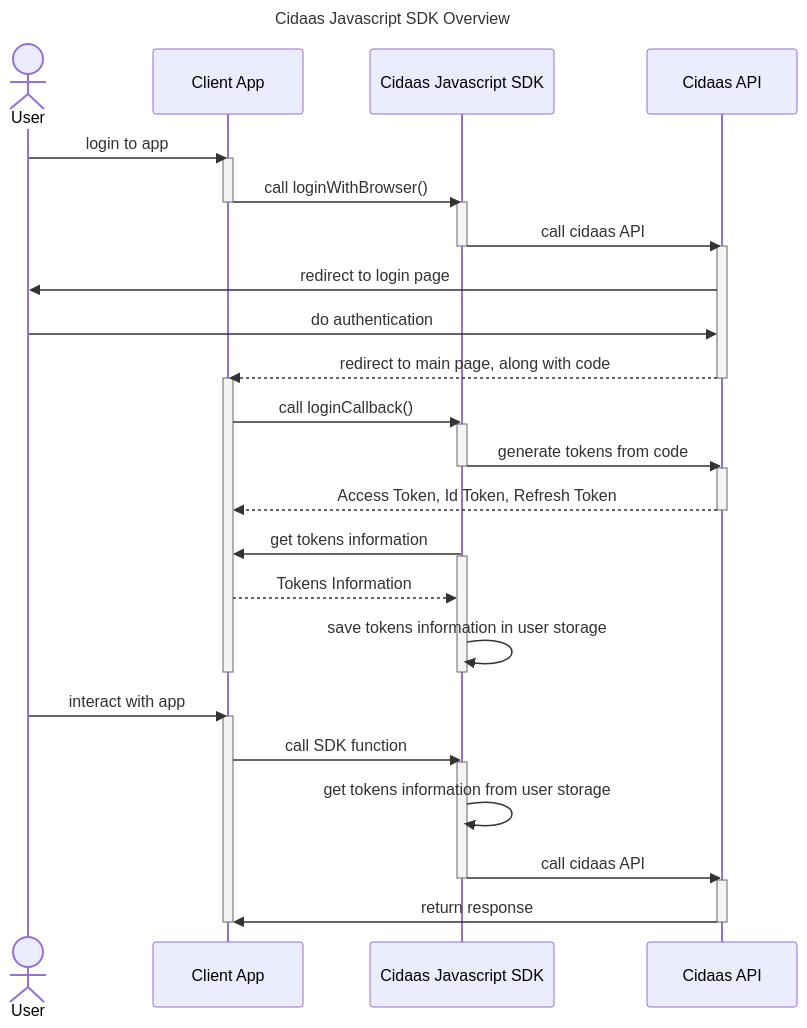
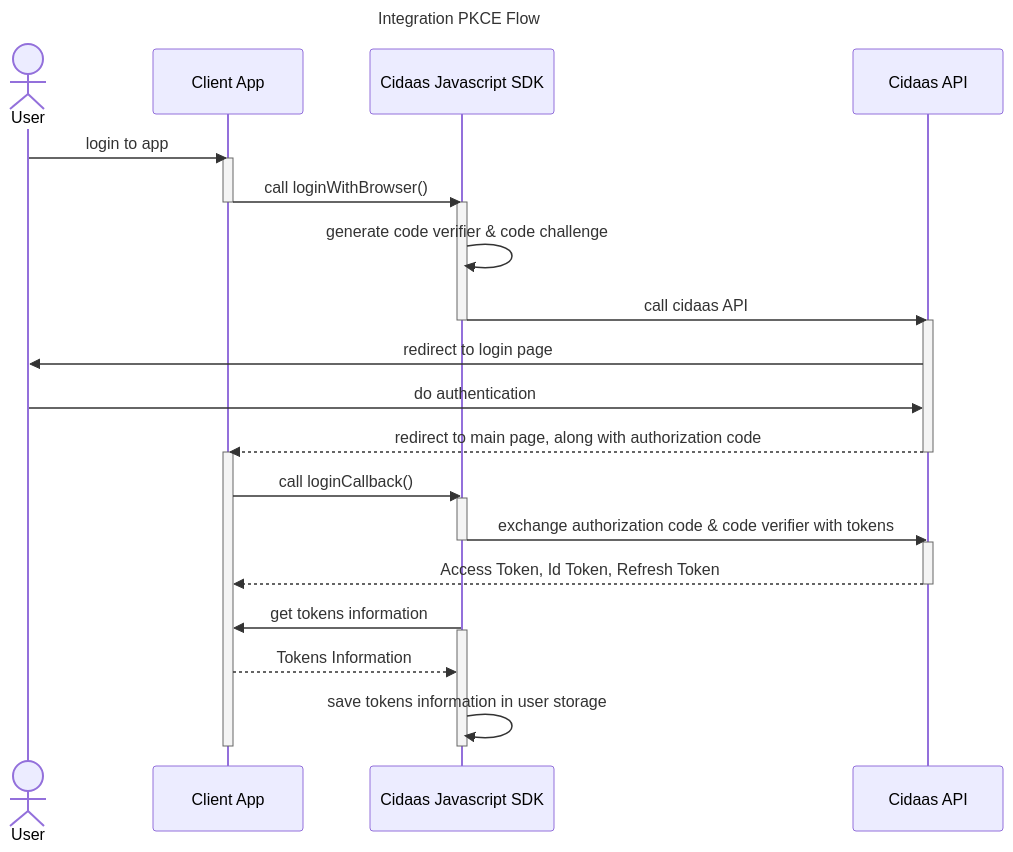
One commit to cidaas/cidaas-javascript-sdk changed the first of 2 diagrams in overview.md. Above: the diagram before and after it, drawn with Mermaid. The commit also changed other lines of this file, not shown here.

````diff
--- a/overview.md
+++ b/overview.md
@@ -5,63 +28,47 @@
 ```mermaid
 ---
-title: Cidaas Javascript SDK Overview
+title: Integration PKCE Flow
 ---
 sequenceDiagram
   Actor User
   participant ClientApp as Client App
   participant CidaasSDK as Cidaas Javascript SDK
   participant CidaasAPI as Cidaas API
 
 User ->> ClientApp: login to app
 
 activate ClientApp
 ClientApp ->> CidaasSDK: call loginWithBrowser()
 deactivate ClientApp
 
 activate CidaasSDK
+CidaasSDK ->> CidaasSDK: generate code verifier & code challenge
 CidaasSDK ->> CidaasAPI: call cidaas API
 deactivate CidaasSDK
 
 activate CidaasAPI
 CidaasAPI ->> User: redirect to login page
 User ->> CidaasAPI: do authentication
-CidaasAPI -->> ClientApp: redirect to main page, along with code
+CidaasAPI -->> ClientApp: redirect to main page, along with authorization code
 deactivate CidaasAPI
 
 activate ClientApp
 ClientApp ->> CidaasSDK: call loginCallback()
 
 activate CidaasSDK
-CidaasSDK ->> CidaasAPI: generate tokens from code
+CidaasSDK ->> CidaasAPI: exchange authorization code & code verifier with tokens
 deactivate CidaasSDK
 
 activate CidaasAPI
 CidaasAPI -->> ClientApp: Access Token, Id Token, Refresh Token
 deactivate CidaasAPI
 
 CidaasSDK ->> ClientApp: get tokens information
 
 activate CidaasSDK
 ClientApp -->> CidaasSDK: Tokens Information
 CidaasSDK ->> CidaasSDK: save tokens information in user storage
 deactivate CidaasSDK
 
 deactivate ClientApp
-
-
-User ->> ClientApp: interact with app
-
-activate ClientApp
-ClientApp ->> CidaasSDK: call SDK function
-
-activate CidaasSDK
-CidaasSDK ->> CidaasSDK: get tokens information from user storage
-CidaasSDK ->> CidaasAPI: call cidaas API
-deactivate CidaasSDK
-
-activate CidaasAPI
-CidaasAPI ->> ClientApp: return response
-deactivate CidaasAPI
-
-deactivate ClientApp
 ```
````
